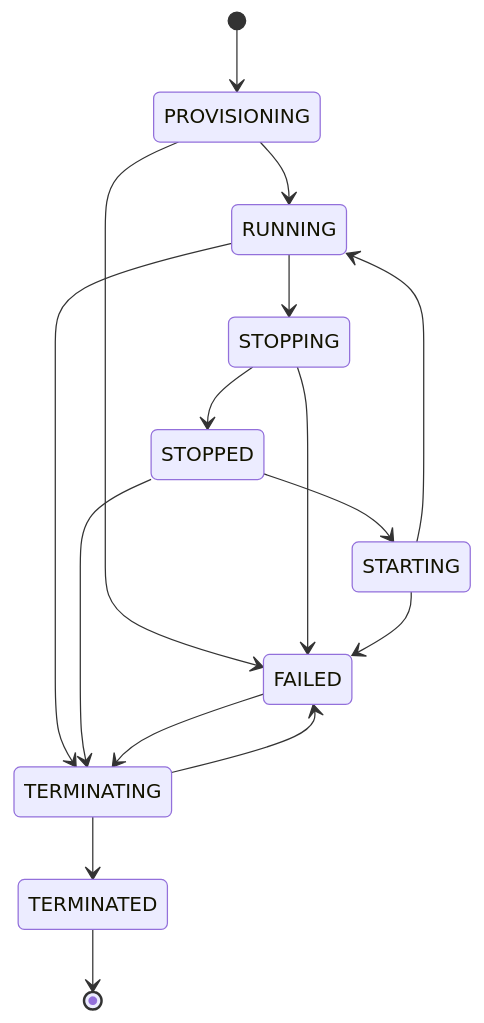
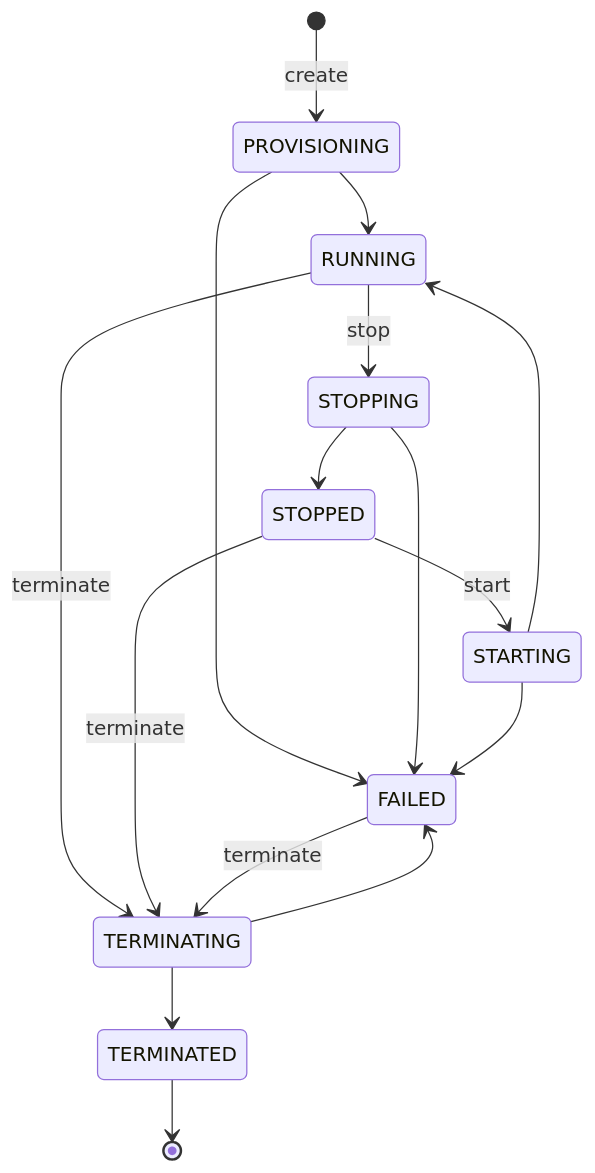
The second of 2 diagrams in README.md (Ishaanz-pro/vm-lifecycle-manager), drawn with Mermaid before and after one commit. The commit also changed other lines of this file and 77 other files, not shown here.

````diff
--- a/README.md
+++ b/README.md
@@ -100,18 +93,18 @@
 ```mermaid
 stateDiagram-v2
-  [*] --> PROVISIONING
+  [*] --> PROVISIONING: create
   PROVISIONING --> RUNNING
   PROVISIONING --> FAILED
-  RUNNING --> STOPPING
+  RUNNING --> STOPPING: stop
   STOPPING --> STOPPED
   STOPPING --> FAILED
-  STOPPED --> STARTING
+  STOPPED --> STARTING: start
   STARTING --> RUNNING
   STARTING --> FAILED
-  RUNNING --> TERMINATING
-  STOPPED --> TERMINATING
-  FAILED --> TERMINATING
+  RUNNING --> TERMINATING: terminate
+  STOPPED --> TERMINATING: terminate
+  FAILED --> TERMINATING: terminate
   TERMINATING --> TERMINATED
   TERMINATING --> FAILED
   TERMINATED --> [*]
 ```
````
